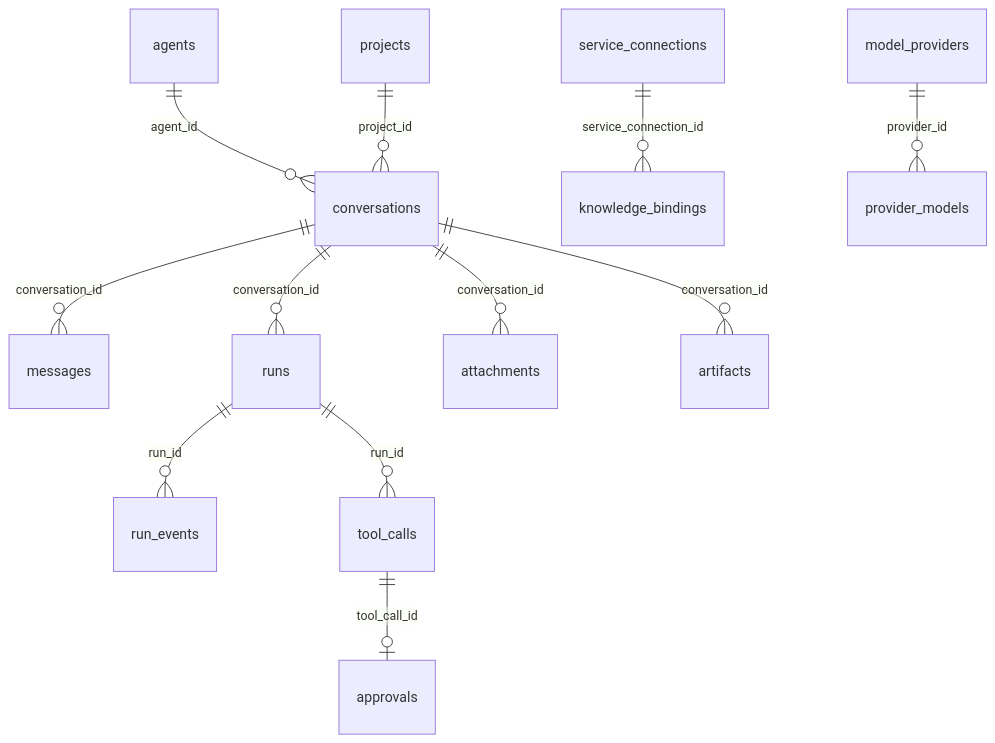
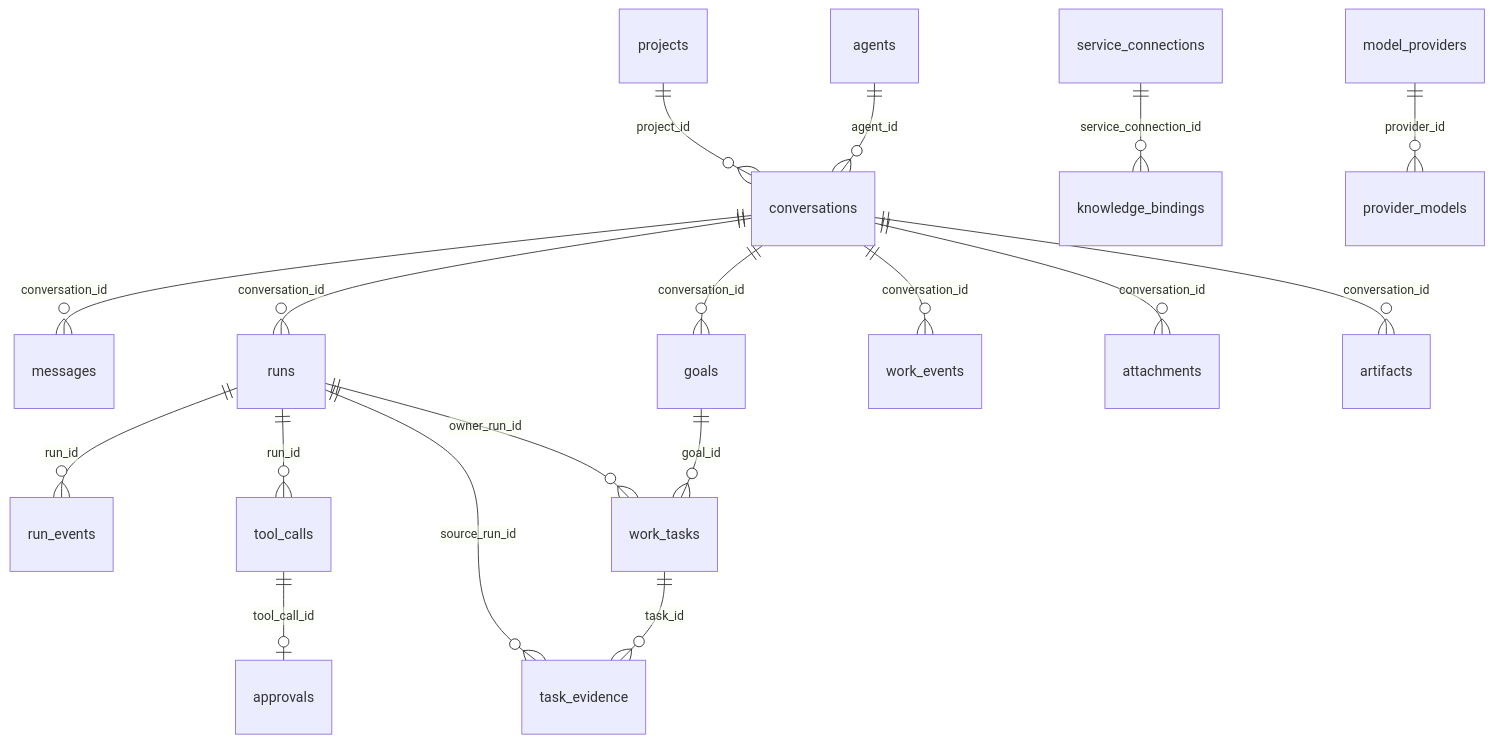
Before and after one commit to Hry1729/Fox-Agent: the diagram in docs/04-技术参考/数据库结构.md, drawn with Mermaid. The commit also changed other lines of this file and 22 other files, not shown here.

````diff
--- a/docs/04-技术参考/数据库结构.md
+++ b/docs/04-技术参考/数据库结构.md
@@ -46,14 +50,20 @@
 ```mermaid
 erDiagram
     agents ||--o{ conversations : agent_id
     projects ||--o{ conversations : project_id
     conversations ||--o{ messages : conversation_id
     conversations ||--o{ runs : conversation_id
     runs ||--o{ run_events : run_id
     runs ||--o{ tool_calls : run_id
+    conversations ||--o{ goals : conversation_id
+    goals ||--o{ work_tasks : goal_id
+    work_tasks ||--o{ task_evidence : task_id
+    conversations ||--o{ work_events : conversation_id
+    runs ||--o{ work_tasks : owner_run_id
+    runs ||--o{ task_evidence : source_run_id
     tool_calls ||--o| approvals : tool_call_id
     conversations ||--o{ attachments : conversation_id
     conversations ||--o{ artifacts : conversation_id
     service_connections ||--o{ knowledge_bindings : service_connection_id
     model_providers ||--o{ provider_models : provider_id
 ```
````
